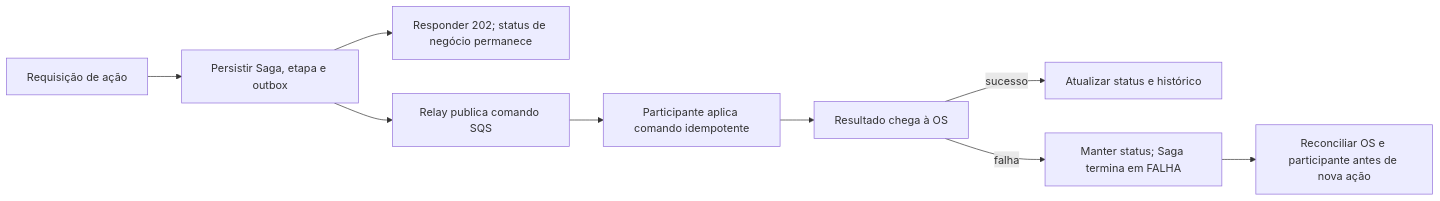
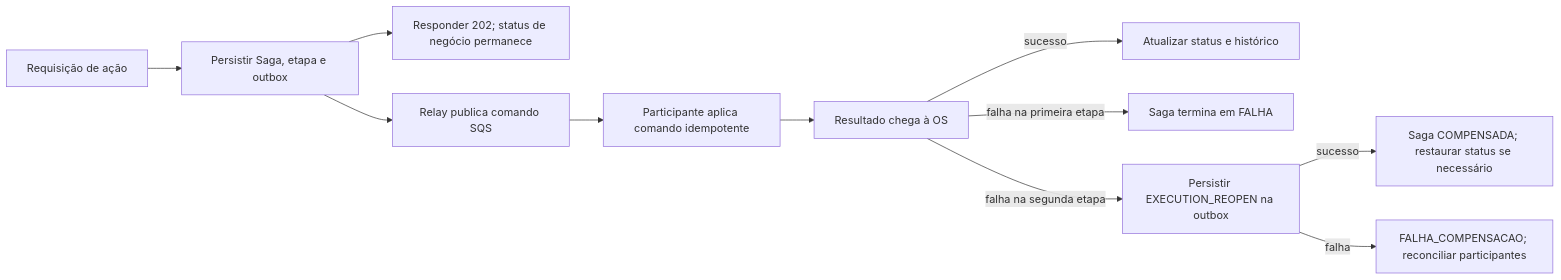
Before and after one commit to 32SOAT/oficina-mecanica-os-service: the second of 3 diagrams in docs/fluxo-da-ordem.md, drawn with Mermaid. The commit also changed other lines of this file and 12 other files, not shown here.

````diff
--- a/docs/fluxo-da-ordem.md
+++ b/docs/fluxo-da-ordem.md
@@ -28,11 +29,13 @@
 ```mermaid
 flowchart LR
   acao[Requisição de ação] --> persistir[Persistir Saga, etapa e outbox]
   persistir --> resposta[Responder 202; status de negócio permanece]
   persistir --> publicar[Relay publica comando SQS]
   publicar --> aplicar[Participante aplica comando idempotente]
   aplicar --> resultado[Resultado chega à OS]
   resultado -->|sucesso| avancar[Atualizar status e histórico]
-  resultado -->|falha| falhar[Manter status; Saga termina em FALHA]
-  falhar --> reconciliar[Reconciliar OS e participante antes de nova ação]
+  resultado -->|falha na primeira etapa| falhar[Saga termina em FALHA]
+  resultado -->|falha na segunda etapa| compensar[Persistir EXECUTION_REOPEN na outbox]
+  compensar -->|sucesso| compensada[Saga COMPENSADA; restaurar status se necessário]
+  compensar -->|falha| reconciliar[FALHA_COMPENSACAO; reconciliar participantes]
 ```
````
